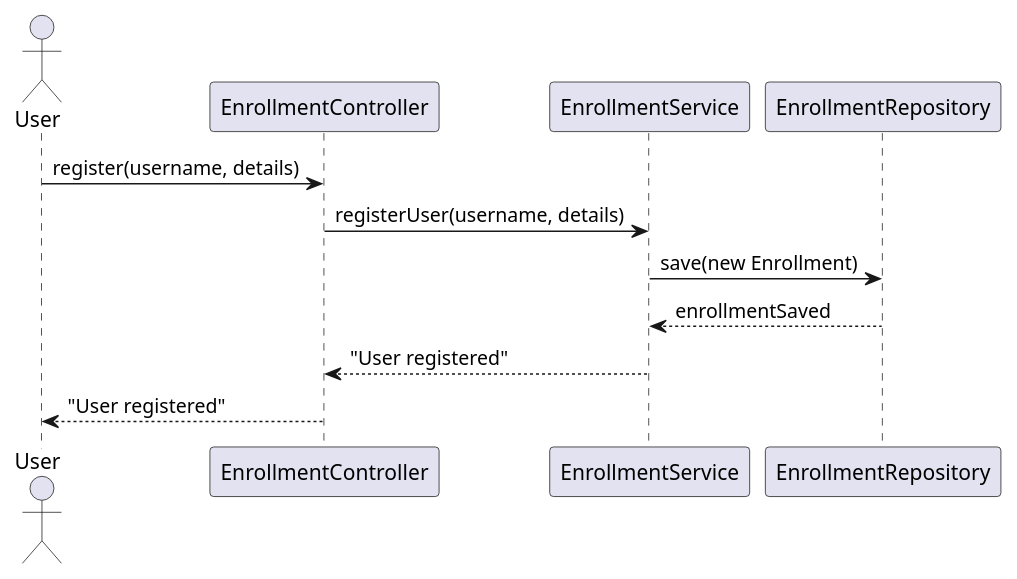
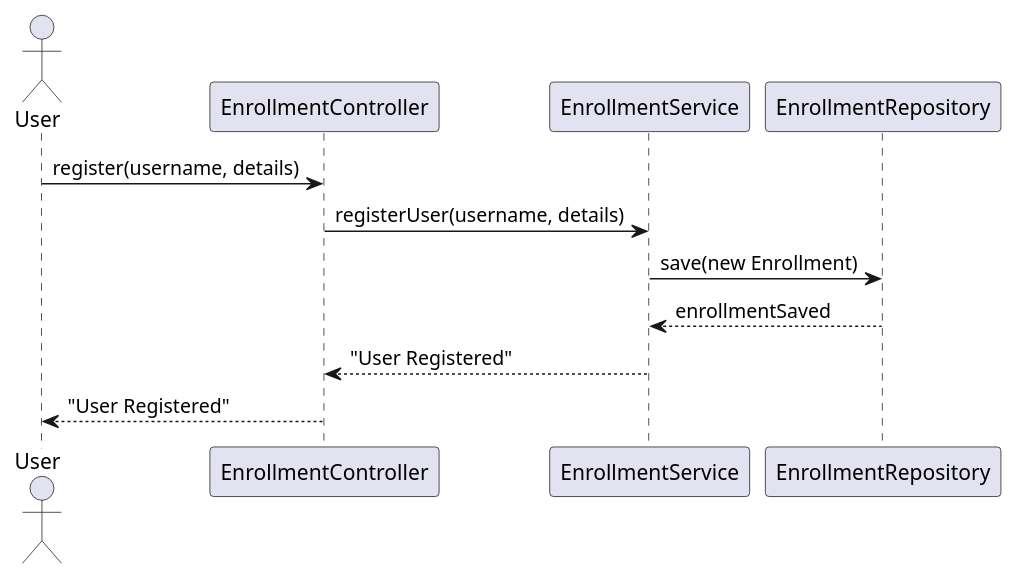
The first of 4 diagrams in enrollment/documentation/detaileddesign.adoc (Dinesh-s95/AutoDoc.ai), drawn with PlantUML before and after one commit. The commit also changed other lines of this file and 4 other files, not shown here.

```diff
--- a/enrollment/documentation/detaileddesign.adoc
+++ b/enrollment/documentation/detaileddesign.adoc
@@ -176,16 +187,16 @@
 [plantuml, user-registration-sequence, png]
 ----
 @startuml
-actor User as user
-participant "EnrollmentController" as controller
-participant "EnrollmentService" as service
-participant "EnrollmentRepository" as repo
+actor User
+participant "EnrollmentController" as Controller
+participant "EnrollmentService" as Service
+participant "EnrollmentRepository" as Repository
 
-user -> controller : register(username, details)
-controller -> service : registerUser(username, details)
-service -> repo : save(new Enrollment)
-repo --> service : enrollmentSaved
-service --> controller : "User registered"
-controller --> user : "User registered"
+User -> Controller : register(username, details)
+Controller -> Service : registerUser(username, details)
+Service -> Repository : save(new Enrollment)
+Repository --> Service : enrollmentSaved
+Service --> Controller : "User Registered"
+Controller --> User : "User Registered"
 @enduml
 ----
```
